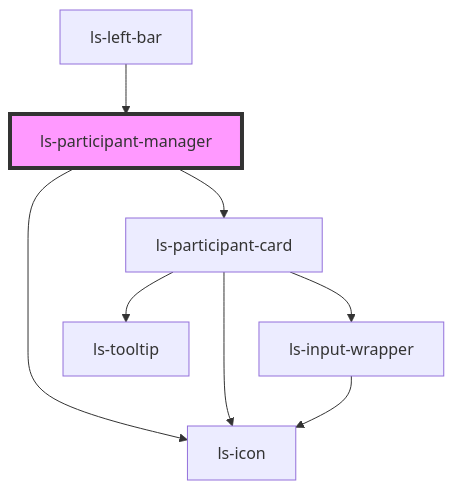
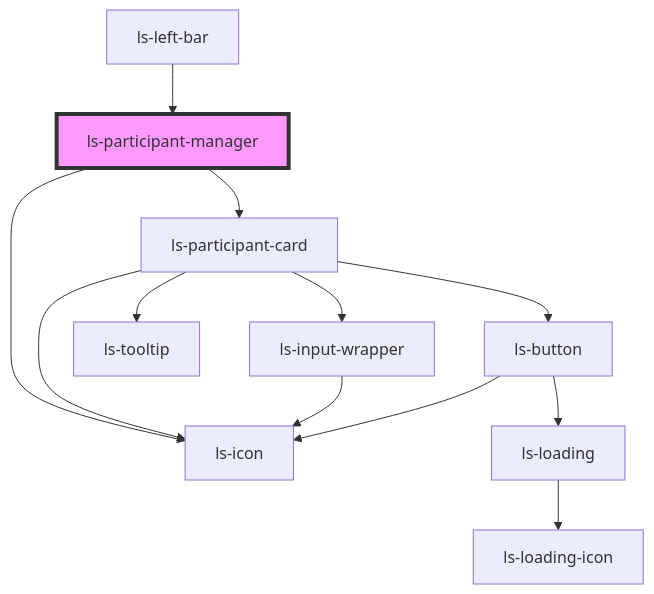
One commit to legalesign/ls-document-viewer changed the diagram in src/components/ls-participant-manager/readme.md. Above: the diagram before and after it, drawn with Mermaid. The commit also changed 7 other files, not shown here.

````diff
--- a/src/components/ls-participant-manager/readme.md
+++ b/src/components/ls-participant-manager/readme.md
@@ -39,11 +39,15 @@
 ```mermaid
 graph TD;
   ls-participant-manager --> ls-participant-card
   ls-participant-manager --> ls-icon
   ls-participant-card --> ls-icon
   ls-participant-card --> ls-input-wrapper
+  ls-participant-card --> ls-button
   ls-participant-card --> ls-tooltip
   ls-input-wrapper --> ls-icon
+  ls-button --> ls-icon
+  ls-button --> ls-loading
+  ls-loading --> ls-loading-icon
   ls-left-bar --> ls-participant-manager
   style ls-participant-manager fill:#f9f,stroke:#333,stroke-width:4px
 ```
````
